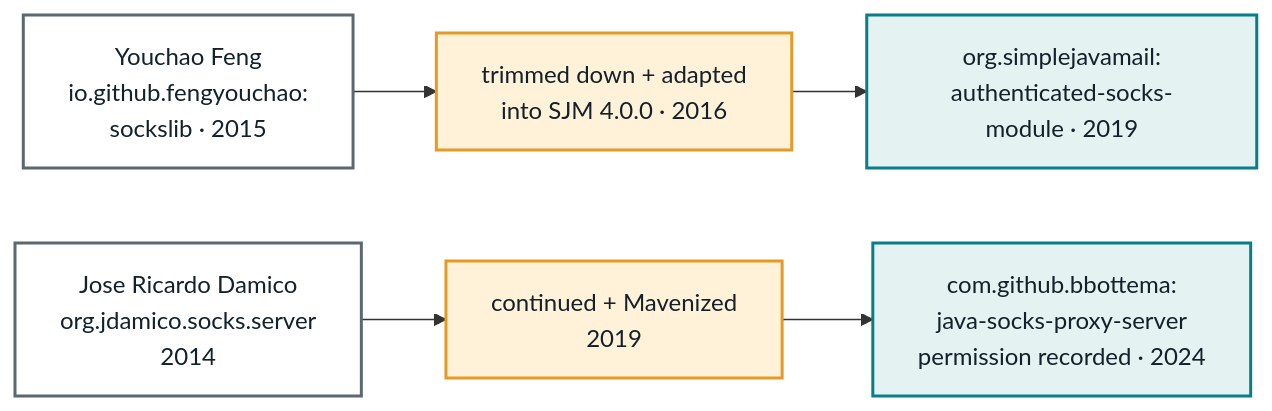
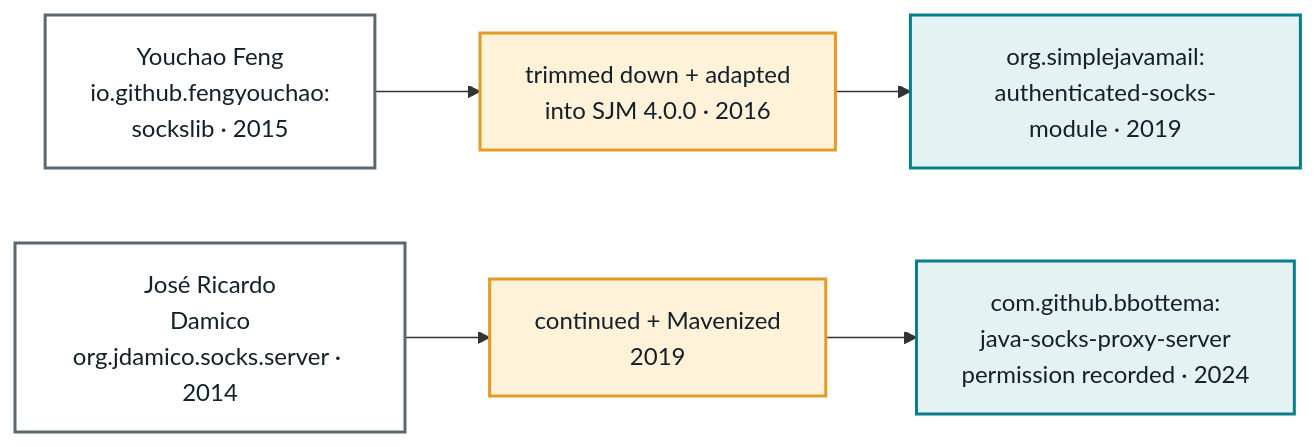
Before and after one commit to simple-java-mail/simplejavamail.org: the seventh of 10 diagrams in src/journal/the-libraries-behind-simple-java-mail.md, drawn with Mermaid. The commit also changed other lines of this file and 4 other files, not shown here.

````diff
--- a/src/journal/the-libraries-behind-simple-java-mail.md
+++ b/src/journal/the-libraries-behind-simple-java-mail.md
@@ -216,23 +217,23 @@
 ```mermaid
 flowchart LR
     accTitle: A tale of two proxies
-    accDescr: Youchao Feng's io.github.fengyouchao:sockslib was adapted into Simple Java Mail in 2016 and later moved into org.simplejavamail:authenticated-socks-module. Separately, code from Jose Ricardo de Oliveira Damico's org.jdamico.socks.server became com.github.bbottema:java-socks-proxy-server in 2019, with the original author's permission recorded in 2024.
+    accDescr: Youchao Feng's io.github.fengyouchao:sockslib was adapted into Simple Java Mail in 2016 and later moved into org.simplejavamail:authenticated-socks-module. Separately, code from José Ricardo Damico's org.jdamico.socks.server became com.github.bbottema:java-socks-proxy-server in 2019, with the original author's permission recorded in 2024.
 
     runtimeSource["Youchao Feng<br/>io.github.fengyouchao:<br/>sockslib · 2015"]
     runtimeAdapted["trimmed down + adapted<br/>into SJM 4.0.0 · 2016"]
     runtimeCurrent["org.simplejavamail:<br/>authenticated-socks-module · 2019"]
 
-    testSource["Jose Ricardo Damico<br/>org.jdamico.socks.server<br/>2014"]
+    testSource["José Ricardo<br/>Damico<br/>org.jdamico.socks.server · 2014"]
     testAdapted["continued + Mavenized<br/>2019"]
     testCurrent["com.github.bbottema:<br/>java-socks-proxy-server<br/>permission recorded · 2024"]
 
     runtimeSource --> runtimeAdapted --> runtimeCurrent
     testSource --> testAdapted --> testCurrent
 
     classDef source fill:#FFFFFF,stroke:#5B6872,color:#13212B,stroke-width:2px;
     classDef transition fill:#FFF2D8,stroke:#E49A24,color:#13212B,stroke-width:2px;
     classDef current fill:#E4F2F2,stroke:#087E8B,color:#13212B,stroke-width:2px;
     class runtimeSource,testSource source;
     class runtimeAdapted,testAdapted transition;
     class runtimeCurrent,testCurrent current;
 ```
````
